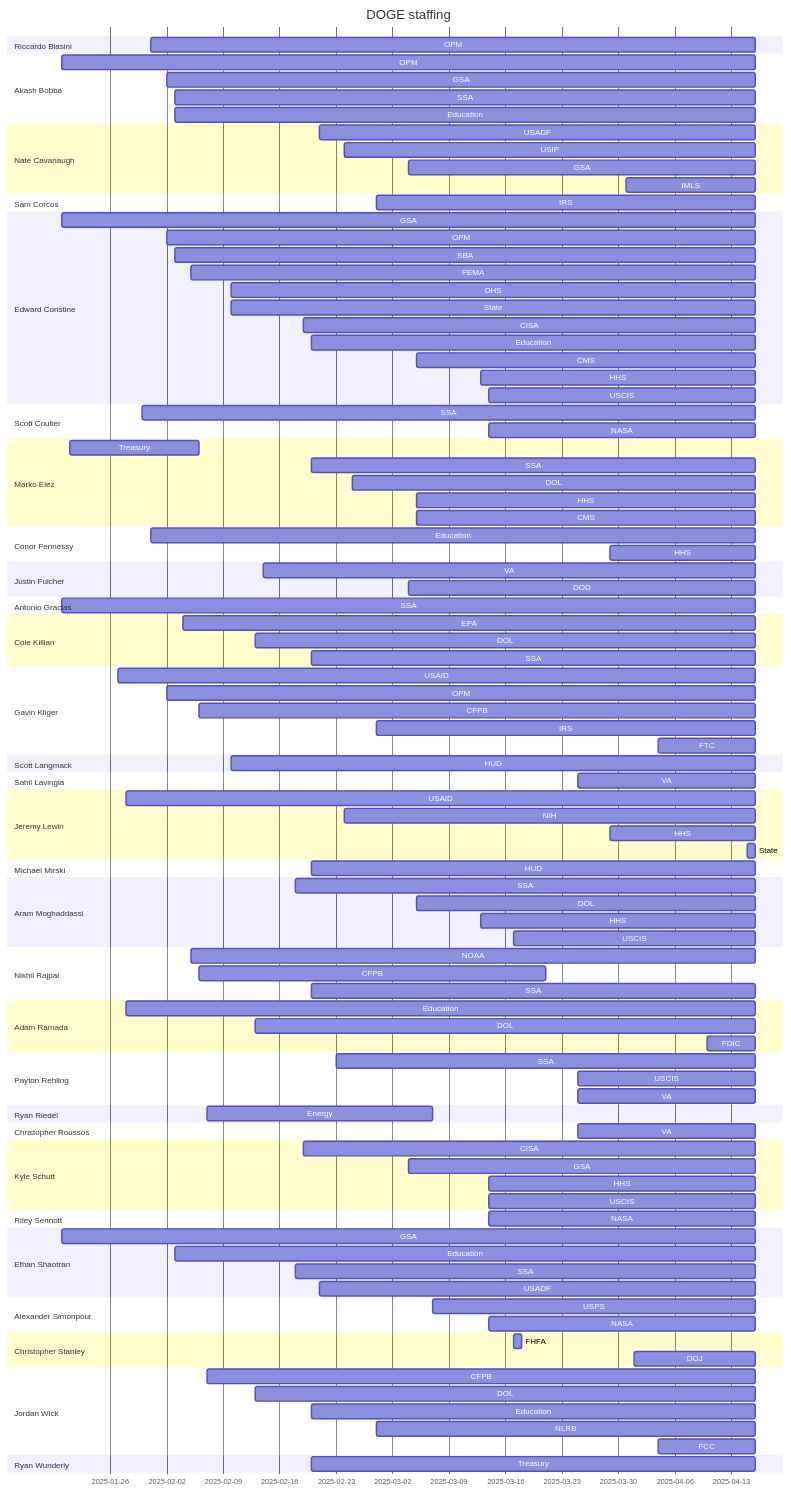
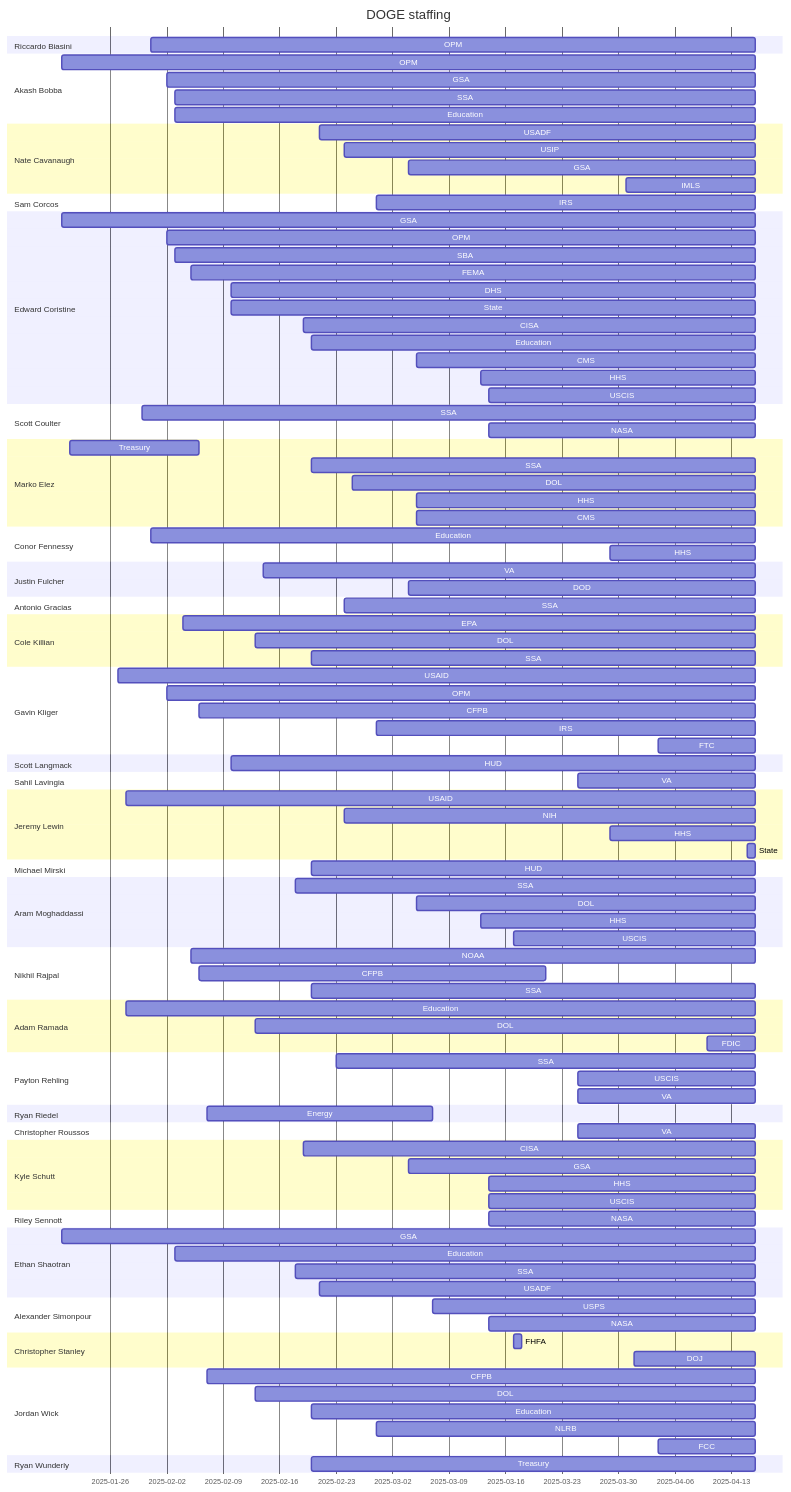
Before and after one commit to harrisj/trump_data: the diagram in it_modernization/staffing_chart.md, drawn with Mermaid. The commit also changed 7 other files, not shown here.

```diff
--- a/it_modernization/staffing_chart.md
+++ b/it_modernization/staffing_chart.md
@@ -45,7 +45,7 @@
         VA : 2025-02-14, 2025-04-16
         DOD : 2025-03-04, 2025-04-16
     section Antonio Gracias
-        SSA : 2025-01-20, 2025-04-16
+        SSA : 2025-02-24, 2025-04-16
     section Cole Killian
         EPA : 2025-02-04, 2025-04-16
         DOL : 2025-02-13, 2025-04-16
```
